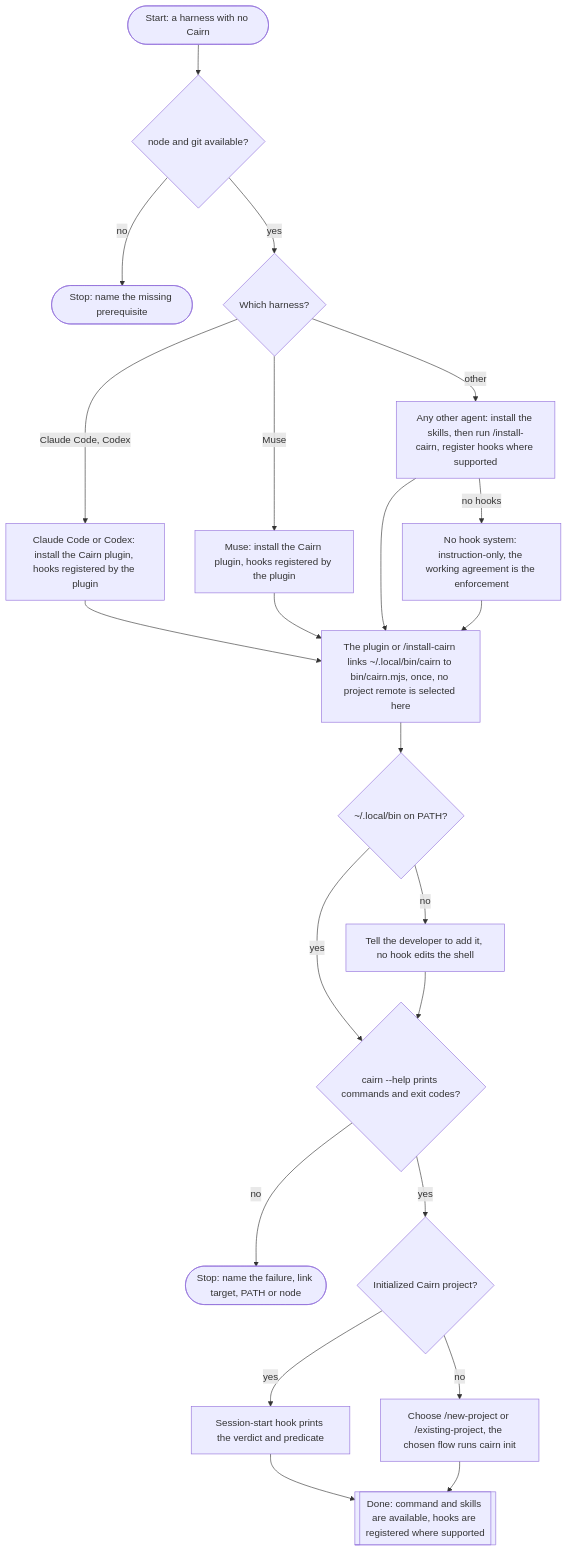
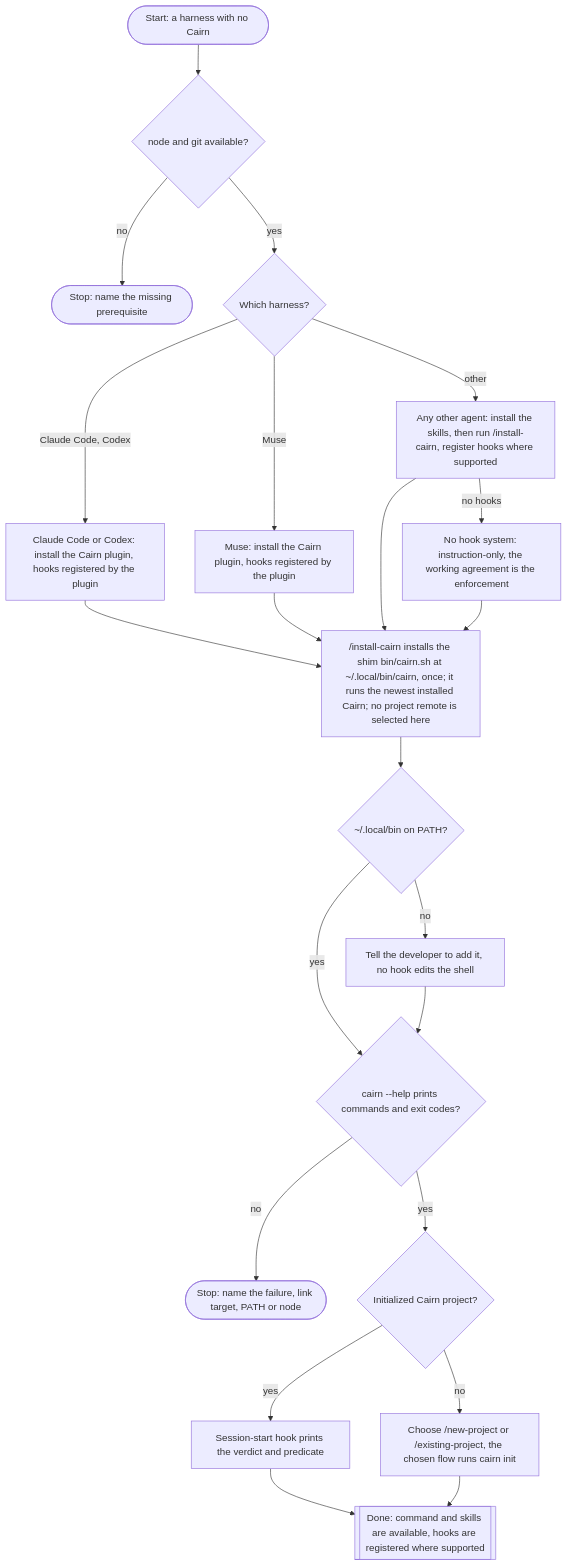
One commit to eas4ai/cairn changed the sixth of 6 diagrams in docs/manual.md. Above: the diagram before and after it, drawn with Mermaid. The commit also changed other lines of this file and 10 other files, not shown here.

Commit message:
The cairn command is a shim that runs the newest installed Cairn, so a plugin update never strands it; install-cairn installs it and the hooks name the one command that does

````diff
--- a/docs/manual.md
+++ b/docs/manual.md
@@ -1068,42 +1071,42 @@
 ```mermaid
 flowchart TB
   start(["Start: a harness with no Cairn"])
   prereq{"node and git available?"}
   missing(["Stop: name the missing prerequisite"])
   harness{"Which harness?"}
   cc["Claude Code or Codex: install the Cairn plugin, hooks registered by the plugin"]
   muse["Muse: install the Cairn plugin, hooks registered by the plugin"]
   other["Any other agent: install the skills, then run /install-cairn, register hooks where supported"]
   nohooks["No hook system: instruction-only, the working agreement is the enforcement"]
-  link["The plugin or /install-cairn links ~/.local/bin/cairn to bin/cairn.mjs, once, no project remote is selected here"]
+  link["/install-cairn installs the shim bin/cairn.sh at ~/.local/bin/cairn, once; it runs the newest installed Cairn; no project remote is selected here"]
   path{"~/.local/bin on PATH?"}
   addpath["Tell the developer to add it, no hook edits the shell"]
   help{"cairn --help prints commands and exit codes?"}
   broken(["Stop: name the failure, link target, PATH or node"])
   project{"Initialized Cairn project?"}
   wake["Session-start hook prints the verdict and predicate"]
   choose["Choose /new-project or /existing-project, the chosen flow runs cairn init"]
   done[["Done: command and skills are available, hooks are registered where supported"]]
 
   start --> prereq
   prereq -->|"no"| missing
   prereq -->|"yes"| harness
   harness -->|"Claude Code, Codex"| cc
   harness -->|"Muse"| muse
   harness -->|"other"| other
   other -->|"no hooks"| nohooks
   cc --> link
   muse --> link
   other --> link
   nohooks --> link
   link --> path
   path -->|"no"| addpath
   path -->|"yes"| help
   addpath --> help
   help -->|"no"| broken
   help -->|"yes"| project
   project -->|"yes"| wake
   project -->|"no"| choose
   wake --> done
   choose --> done
 ```
````
